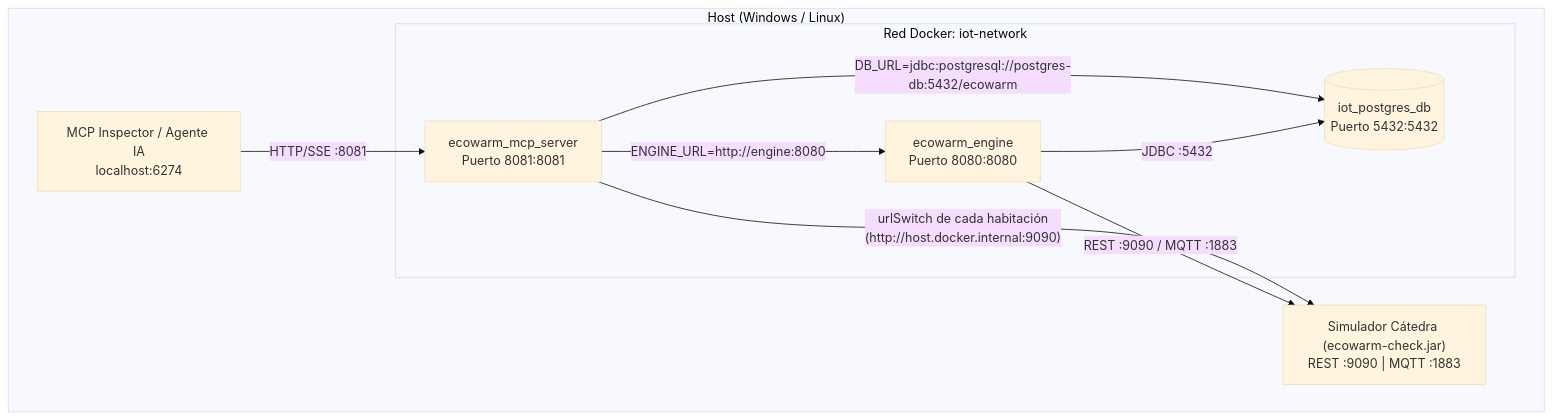
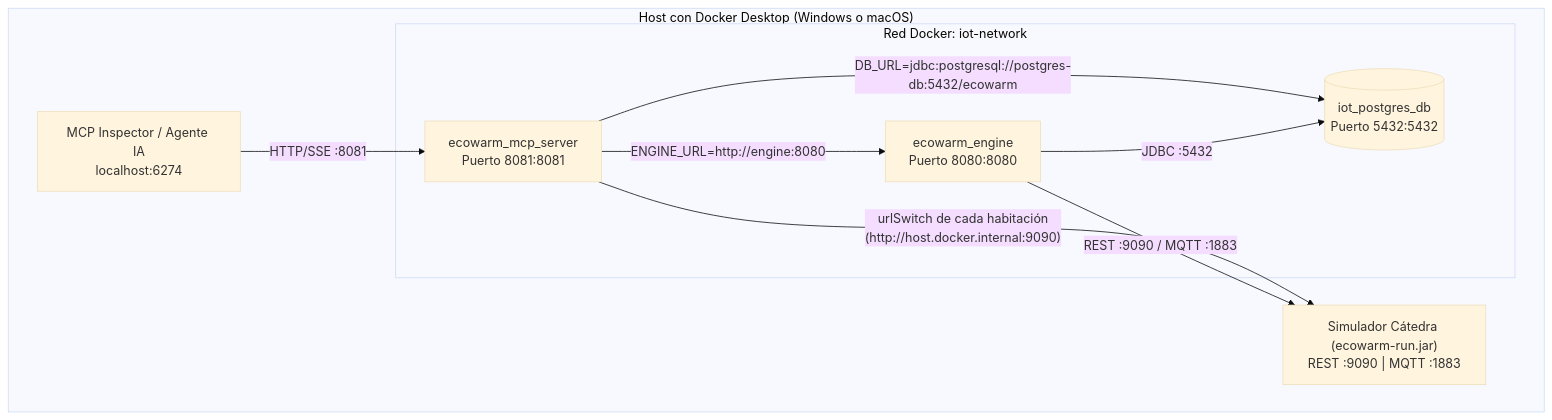
Before and after one commit to guzmanbarbatto/iiss-2026-grupo-3-vespertino: the third of 3 diagrams in docs/mcp/4mas1-mcp.md, drawn with Mermaid (base theme). The commit also changed 17 other files, not shown here.

````diff
--- a/docs/mcp/4mas1-mcp.md
+++ b/docs/mcp/4mas1-mcp.md
@@ -145,19 +145,19 @@
 ```mermaid
 flowchart TB
-    subgraph HOST["Host (Windows / Linux)"]
+    subgraph HOST["Host con Docker Desktop (Windows o macOS)"]
         INSP["MCP Inspector / Agente IA<br/>localhost:6274"]
-        SIMHOST["Simulador Cátedra (ecowarm-check.jar)<br/>REST :9090 | MQTT :1883"]
+        SIMHOST["Simulador Cátedra (ecowarm-run.jar)<br/>REST :9090 | MQTT :1883"]
         subgraph DOCKER["Red Docker: iot-network"]
             MCP["ecowarm_mcp_server<br/>Puerto 8081:8081"]
             ENG["ecowarm_engine<br/>Puerto 8080:8080"]
             PG[("iot_postgres_db<br/>Puerto 5432:5432")]
         end
     end
 
     INSP -- "HTTP/SSE :8081" --> MCP
     MCP -- "ENGINE_URL=http://engine:8080" --> ENG
     MCP -- "DB_URL=jdbc:postgresql://postgres-db:5432/ecowarm" --> PG
     MCP -- "urlSwitch de cada habitación<br/>(http://host.docker.internal:9090)" --> SIMHOST
     ENG -- "JDBC :5432" --> PG
     ENG -- "REST :9090 / MQTT :1883" --> SIMHOST
 ```
````
